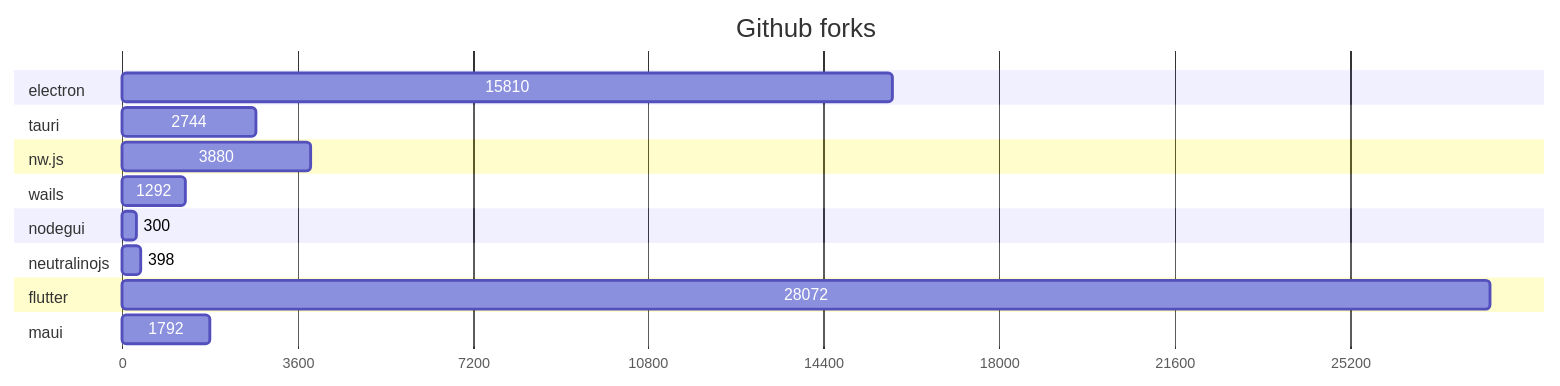
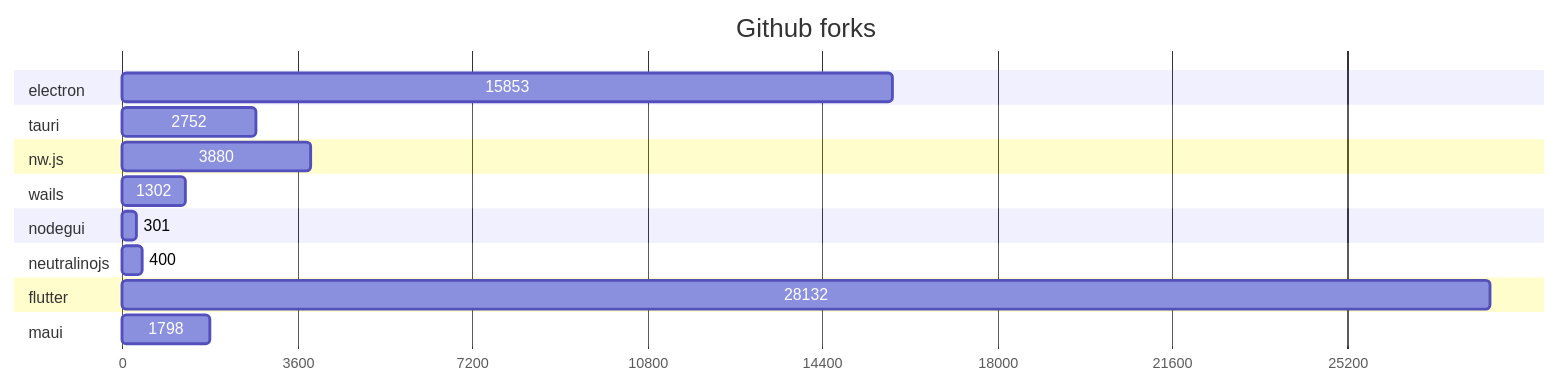
The second of 2 diagrams in GRAPHS.md (Elanis/web-to-desktop-framework-comparison), drawn with Mermaid before and after one commit. The commit also changed other lines of this file and 2 other files, not shown here.

````diff
--- a/GRAPHS.md
+++ b/GRAPHS.md
@@ -47,40 +47,40 @@
 ```mermaid
 gantt
     title Github forks
     dateFormat  X
     axisFormat %s
 
 
 	section electron
-	15810 : 0, 15810
+	15853 : 0, 15853
 
 	
 	section tauri
-	2744 : 0, 2744
+	2752 : 0, 2752
 
 	
 	section nw.js
 	3880 : 0, 3880
 
 	
 	section wails
-	1292 : 0, 1292
+	1302 : 0, 1302
 
 	
 	section nodegui
-	300 : 0, 300
+	301 : 0, 301
 
 	
 	section neutralinojs
-	398 : 0, 398
+	400 : 0, 400
 
 	
 	section flutter
-	28072 : 0, 28072
+	28132 : 0, 28132
 
 	
 	section maui
-	1792 : 0, 1792
+	1798 : 0, 1798
 
 	
 ```
````
